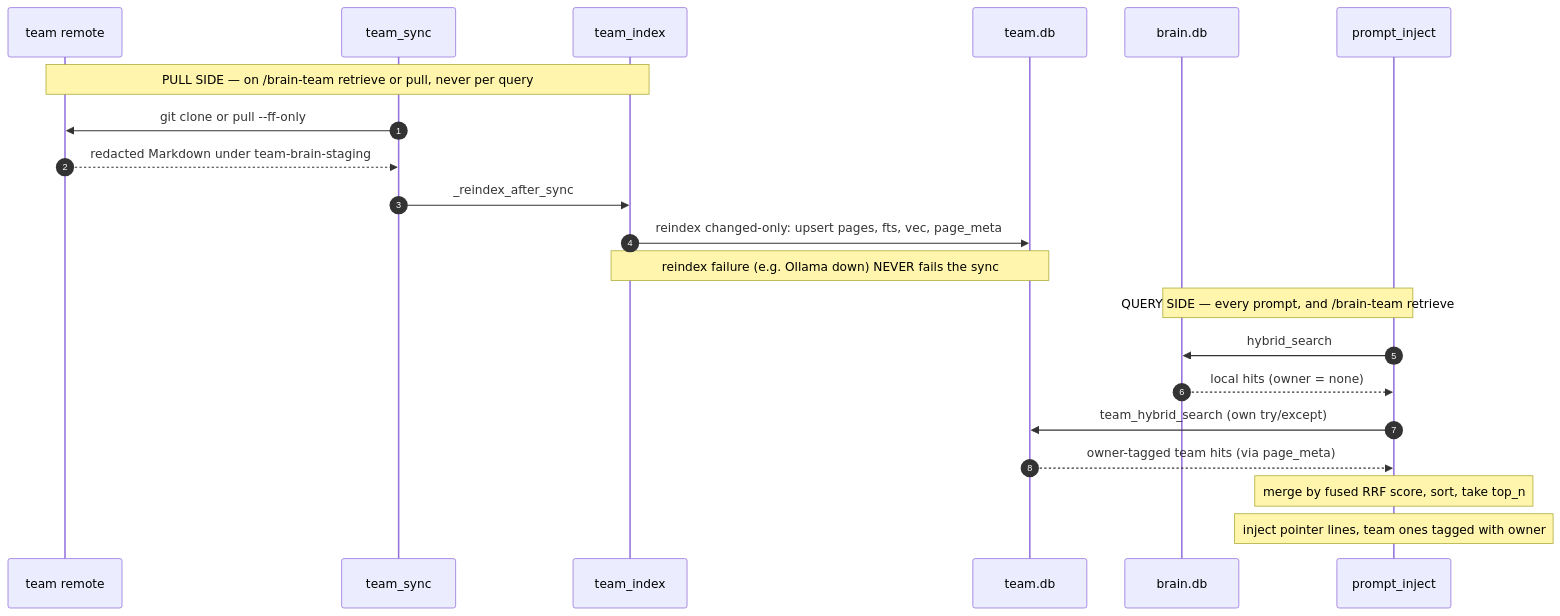
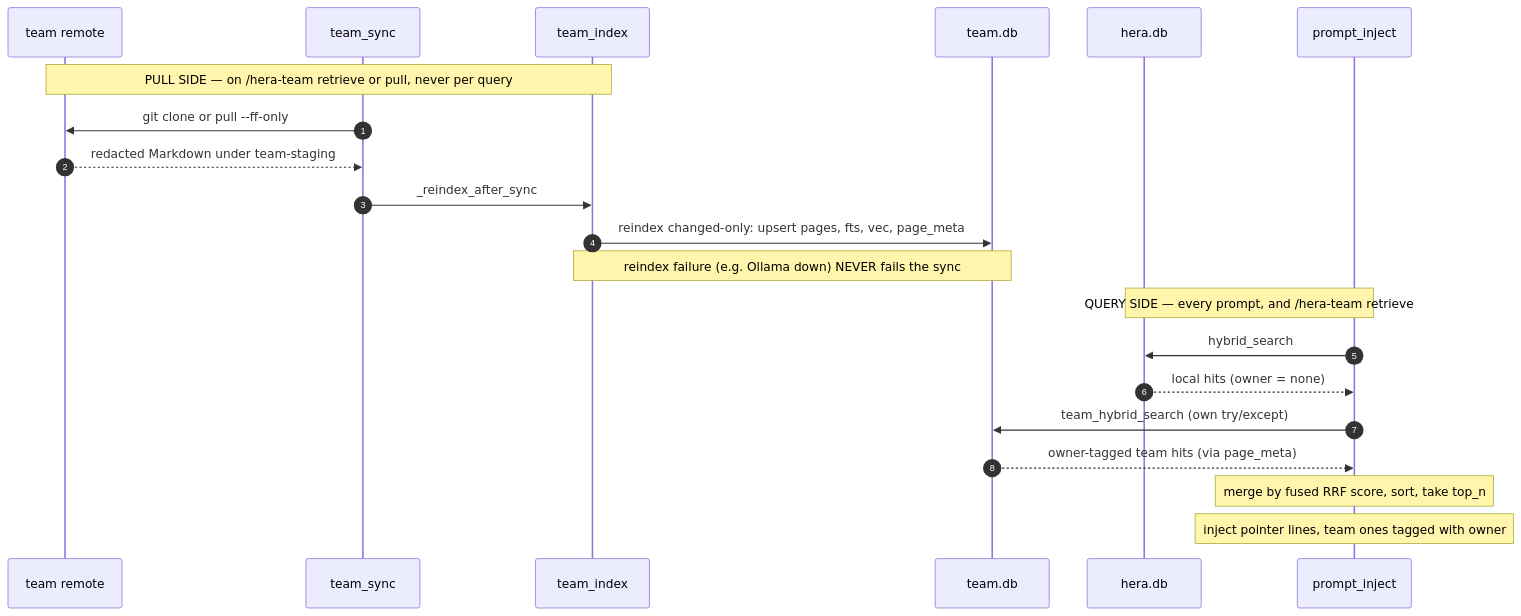
Before and after one commit to randyren278/hera: the third of 3 diagrams in docs/RETRIEVAL.md, drawn with Mermaid. The commit also changed other lines of this file and 125 other files, not shown here.

First line of the commit message:
refactor: rename everything brain -> hera

````diff
--- a/docs/RETRIEVAL.md
+++ b/docs/RETRIEVAL.md
@@ -104,25 +104,25 @@
 ```mermaid
 sequenceDiagram
   autonumber
   participant R as team remote
   participant SY as team_sync
   participant IX as team_index
   participant TDB as team.db
-  participant BDB as brain.db
+  participant BDB as hera.db
   participant PI as prompt_inject
 
-  Note over R,IX: PULL SIDE — on /brain-team retrieve or pull, never per query
+  Note over R,IX: PULL SIDE — on /hera-team retrieve or pull, never per query
   SY->>R: git clone or pull --ff-only
-  R-->>SY: redacted Markdown under team-brain-staging
+  R-->>SY: redacted Markdown under team-staging
   SY->>IX: _reindex_after_sync
   IX->>TDB: reindex changed-only: upsert pages, fts, vec, page_meta
   Note over IX,TDB: reindex failure (e.g. Ollama down) NEVER fails the sync
 
-  Note over BDB,PI: QUERY SIDE — every prompt, and /brain-team retrieve
+  Note over BDB,PI: QUERY SIDE — every prompt, and /hera-team retrieve
   PI->>BDB: hybrid_search
   BDB-->>PI: local hits (owner = none)
   PI->>TDB: team_hybrid_search (own try/except)
   TDB-->>PI: owner-tagged team hits (via page_meta)
   Note over PI: merge by fused RRF score, sort, take top_n
   Note over PI: inject pointer lines, team ones tagged with owner
 ```
````
